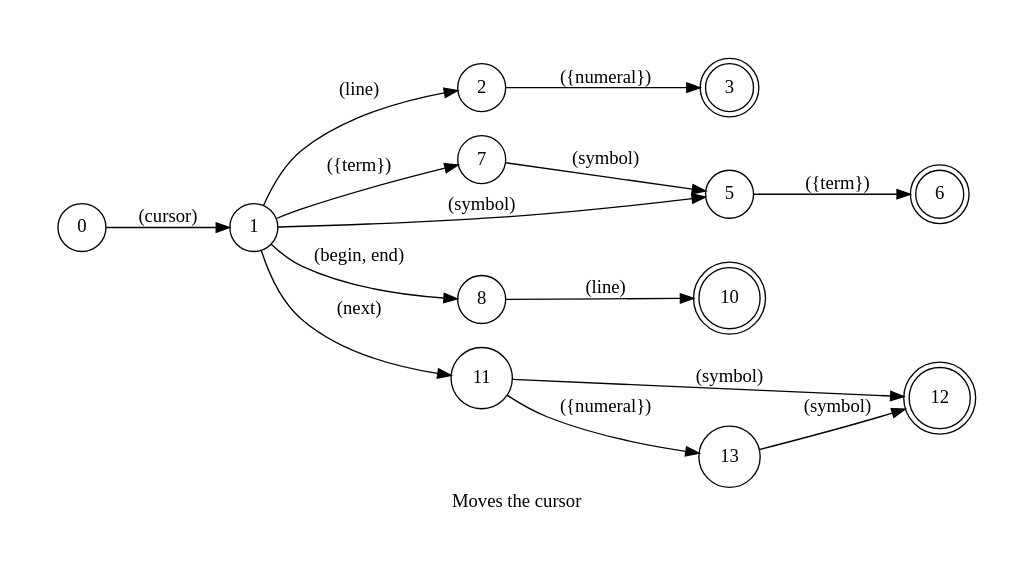
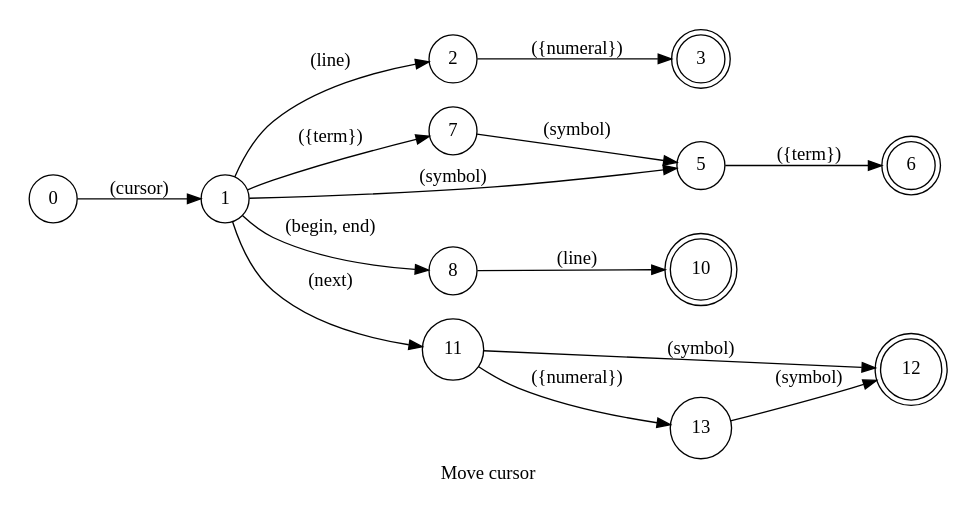
The diagram in spoken/src/modules/typescript/cursor/phrase_en-US.dot (pedrooaugusto/speech-to-code), drawn with Graphviz before and after one commit. The commit also changed 34 other files, not shown here.

```diff
--- a/spoken/src/modules/typescript/cursor/phrase_en-US.dot
+++ b/spoken/src/modules/typescript/cursor/phrase_en-US.dot
@@ -1,28 +1,28 @@
 digraph Cursor {
     id="cursor";
-    label="Moves the cursor";
+    label="Move cursor";
     lang="en-US";
     langName="English";
-    pad="0.5";
+    pad="0.2";
     rankdir=LR;
     node[shape=doublecircle]; 3 10 12 6;
     node[shape=circle];
 
     0 -> 1 [label="(cursor)"];
     1 -> 2 [label="(line)"];
     2 -> 3 [label="({numeral})", store=line];
 
     {1 7} -> 5 [label="(symbol)"];
     1 -> 7 [label="({term})", store=leapSize, normalize="ordinalNumber"];
     5 -> 6 [label="({term})", store=letter];
 
     1 -> 8 [label="(begin, end)", store=linePosition];
     8 -> 10 [label="(line)"];
 
     1 -> 11 [label="(next)"];
     11 -> 13 [label="({numeral})", store=leapSize];
     {11 13} -> 12 [label="(symbol)"];
 
     title="Move cursor";
     desc="Moves the cursor to a different line or token";
 }
```
